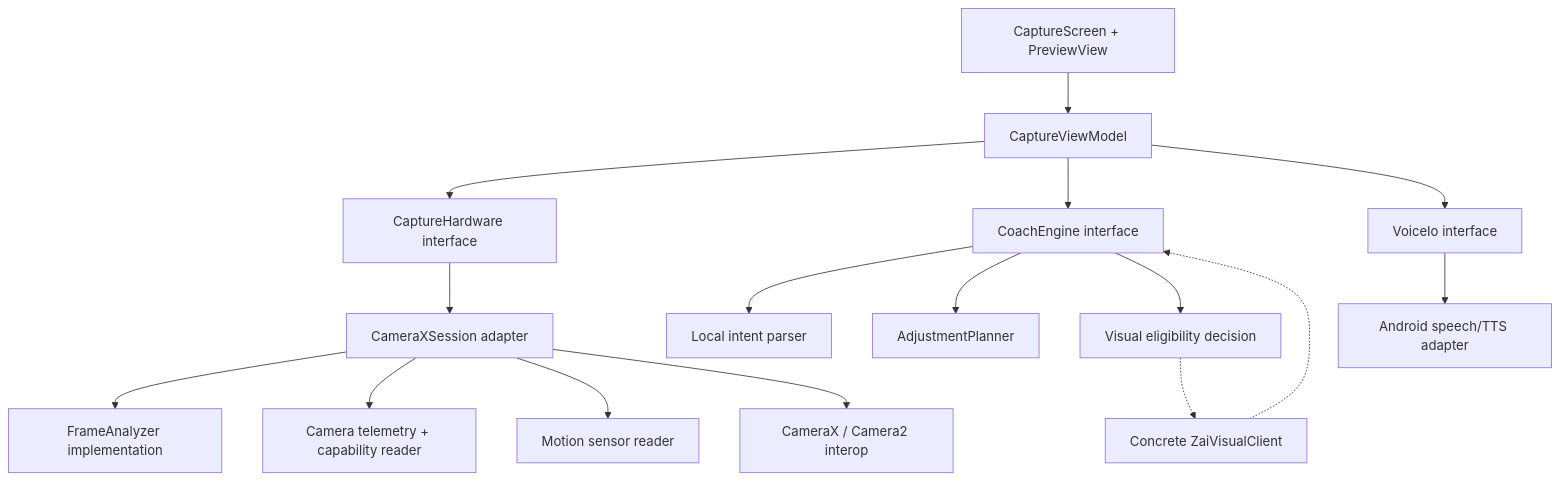
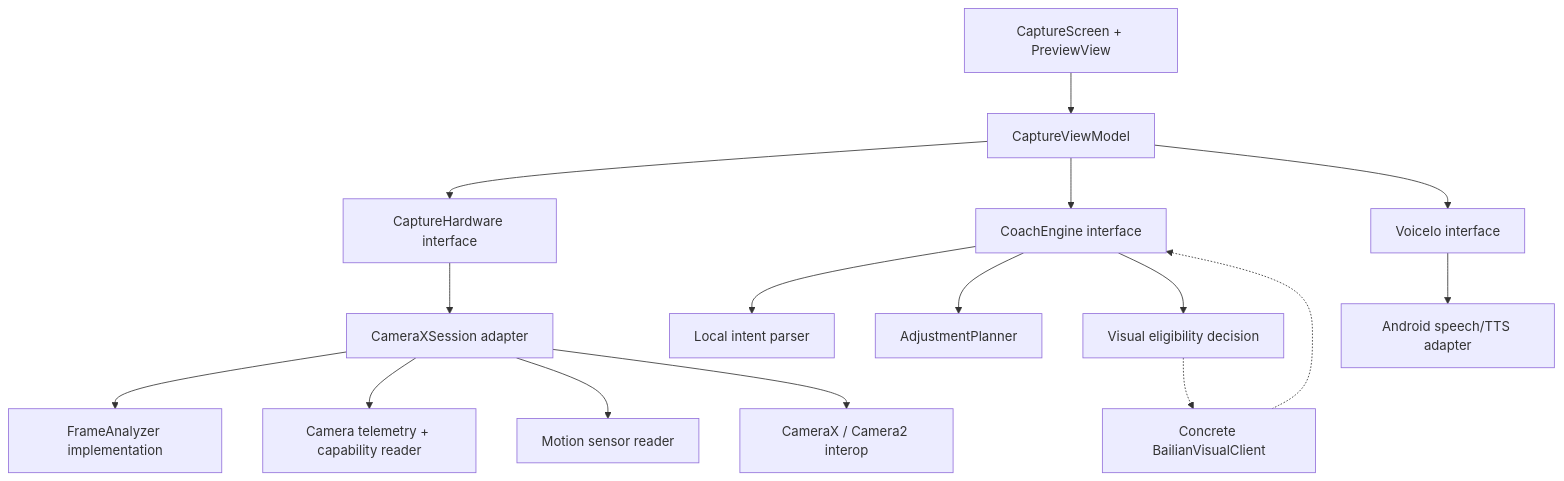
Before and after one commit to LuBolin/CameraAgent: the second of 2 diagrams in outputs/ANDROID_TECHNICAL_ARCHITECTURE.md, drawn with Mermaid. The commit also changed other lines of this file and 60 other files, not shown here.

````diff
--- a/outputs/ANDROID_TECHNICAL_ARCHITECTURE.md
+++ b/outputs/ANDROID_TECHNICAL_ARCHITECTURE.md
@@ -115,21 +115,21 @@
 ```mermaid
 flowchart TD
     UI["CaptureScreen + PreviewView"] --> VM["CaptureViewModel"]
     VM --> CH["CaptureHardware interface"]
     VM --> CE["CoachEngine interface"]
     VM --> VO["VoiceIo interface"]
 
     CH --> CX["CameraXSession adapter"]
     CX --> CA["FrameAnalyzer implementation"]
     CX --> CT["Camera telemetry + capability reader"]
     CX --> MS["Motion sensor reader"]
     CX --> CM["CameraX / Camera2 interop"]
 
     CE --> LI["Local intent parser"]
     CE --> AP["AdjustmentPlanner"]
     CE --> LO["Visual eligibility decision"]
-    LO -.-> ZC["Concrete ZaiVisualClient"]
+    LO -.-> ZC["Concrete BailianVisualClient"]
     ZC -.-> CE
 
     VO --> AV["Android speech/TTS adapter"]
 ```
````
